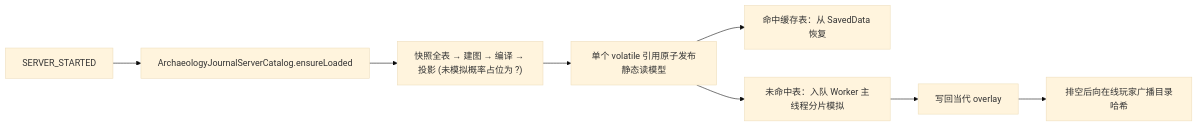
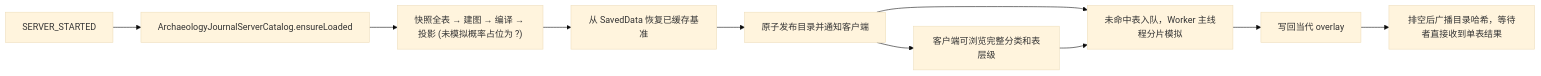
One commit to meteoritel/unsuspicious-block changed the first of 5 diagrams in docs/dev/subsystems/journal.md. Above: the diagram before and after it, drawn with Mermaid (base theme). The commit also changed 13 other files, not shown here.

````diff
--- a/docs/dev/subsystems/journal.md
+++ b/docs/dev/subsystems/journal.md
@@ -26,10 +26,12 @@
 ```mermaid
 flowchart LR
     Start["SERVER_STARTED"] --> Load["ArchaeologyJournalServerCatalog.ensureLoaded"]
     Load --> Build["快照全表 → 建图 → 编译 → 投影 (未模拟概率占位为 ?)"]
-    Build --> Pub["单个 volatile 引用原子发布静态读模型"]
-    Pub --> Cache["命中缓存表：从 SavedData 恢复"]
-    Pub --> Queue["未命中表：入队 Worker 主线程分片模拟"]
+    Build --> Cache["从 SavedData 恢复已缓存基准"]
+    Cache --> Pub["原子发布目录并通知客户端"]
+    Pub --> Queue["未命中表入队，Worker 主线程分片模拟"]
+    Pub --> Browse["客户端可浏览完整分类和表层级"]
+    Browse --> Queue
     Queue --> Overlay["写回当代 overlay"]
-    Overlay --> Hash["排空后向在线玩家广播目录哈希"]
+    Overlay --> Hash["排空后广播目录哈希，等待者直接收到单表结果"]
 ```
````
